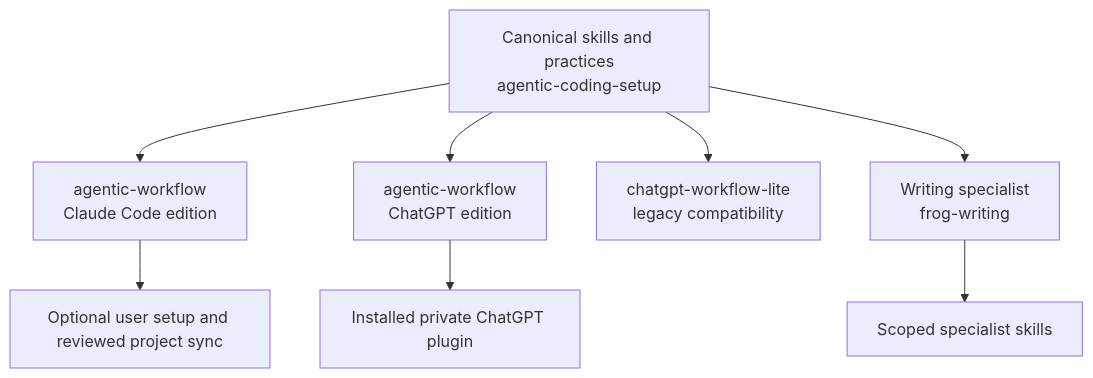
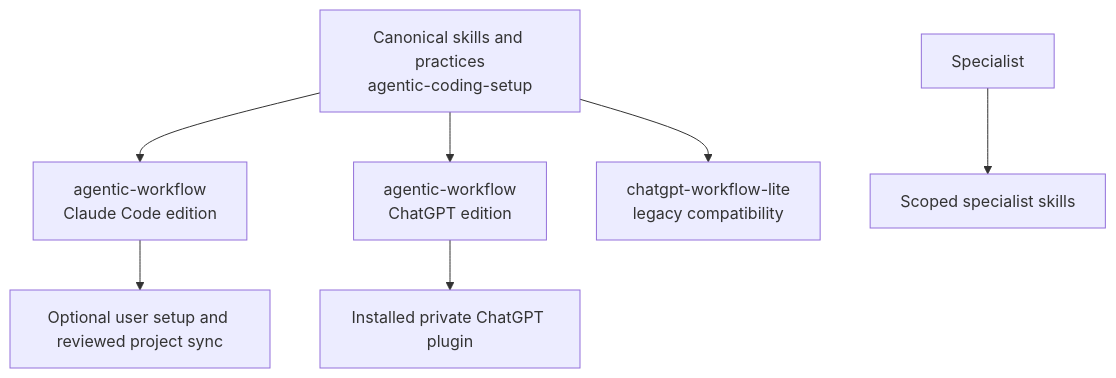
One commit to ogfrench/agentic-coding-setup changed the first of 2 diagrams in plugins/agent-workflow/skills/product-passport/references/plugin-product-map.md. Above: the diagram before and after it, drawn with Mermaid. The commit also changed other lines of this file and 40 other files, not shown here.

````diff
--- a/plugins/agent-workflow/skills/product-passport/references/plugin-product-map.md
+++ b/plugins/agent-workflow/skills/product-passport/references/plugin-product-map.md
@@ -7,10 +7,9 @@
 ```mermaid
 flowchart TB
   Source["Canonical skills and practices<br/>agentic-coding-setup"] --> Claude["agentic-workflow<br/>Claude Code edition"]
   Source --> ChatGPT["agentic-workflow<br/>ChatGPT edition"]
   Source --> Lite["chatgpt-workflow-lite<br/>legacy compatibility"]
-  Source --> Specialist["Writing specialist<br/>frog-writing"]
   Claude --> Sync["Optional user setup and reviewed project sync"]
   ChatGPT --> Host["Installed private ChatGPT plugin"]
   Specialist --> Use["Scoped specialist skills"]
 ```
````
